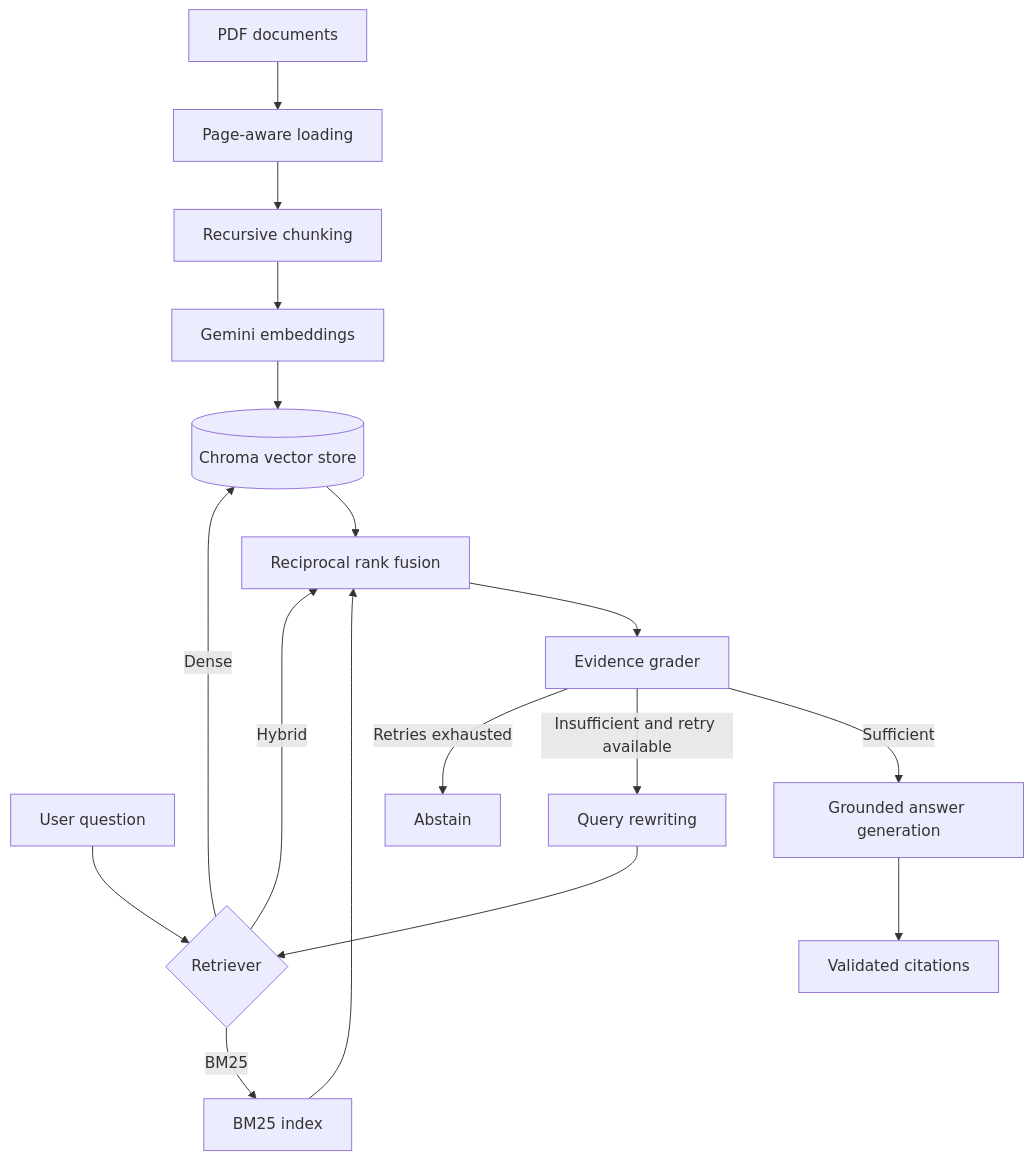
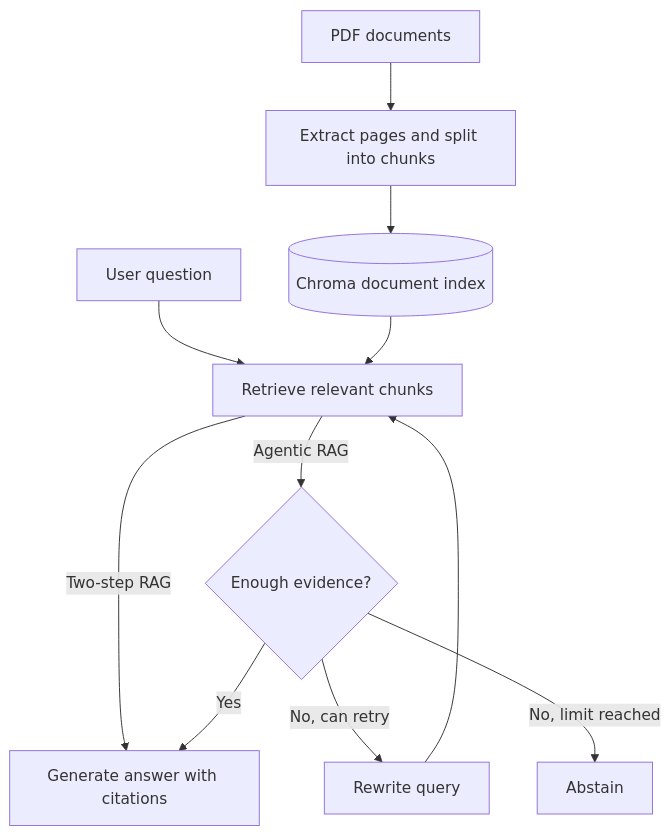
Before and after one commit to Nir-Fried/researchops-copilot: the diagram in README.md, drawn with Mermaid. The commit also changed other lines of this file, not shown here.

````diff
--- a/README.md
+++ b/README.md
@@ -26,23 +19,15 @@
 ```mermaid
 flowchart TD
-    A[PDF documents] --> B[Page-aware loading]
-    B --> C[Recursive chunking]
-    C --> D[Gemini embeddings]
-    D --> E[(Chroma vector store)]
+    A[PDF documents] --> B[Extract pages and split into chunks]
+    B --> C[(Chroma document index)]
 
-    Q[User question] --> R{Retriever}
-    R -->|Dense| E
-    R -->|BM25| F[BM25 index]
-    R -->|Hybrid| G[Reciprocal rank fusion]
+    Q[User question] --> R[Retrieve relevant chunks]
+    C --> R
 
-    E --> G
-    F --> G
-
-    G --> H[Evidence grader]
-    H -->|Sufficient| I[Grounded answer generation]
-    H -->|Insufficient and retry available| J[Query rewriting]
-    J --> R
-    H -->|Retries exhausted| K[Abstain]
-
-    I --> L[Validated citations]
+    R -->|Two-step RAG| G[Generate answer with citations]
+    R -->|Agentic RAG| E{Enough evidence?}
+    E -->|Yes| G
+    E -->|No, can retry| W[Rewrite query]
+    W --> R
+    E -->|No, limit reached| X[Abstain]
 ```
````
